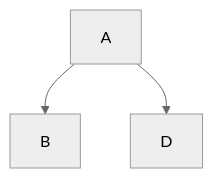
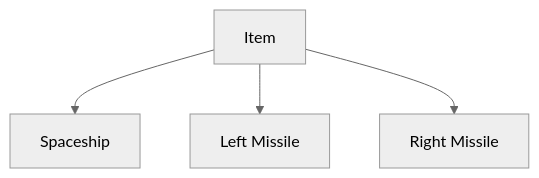
One commit to Dobuzi/designPattern changed the diagram in README.md. Above: the diagram before and after it, drawn with Mermaid (neutral theme). The commit also changed 9 other files, not shown here.

````diff
--- a/README.md
+++ b/README.md
@@ -7,5 +7,6 @@
 ```mermaid
 graph TD
-A --> B
-A --> D
+A[Item] --> B[Spaceship]
+A --> C[Left Missile]
+A --> D[Right Missile]
 ```
````
